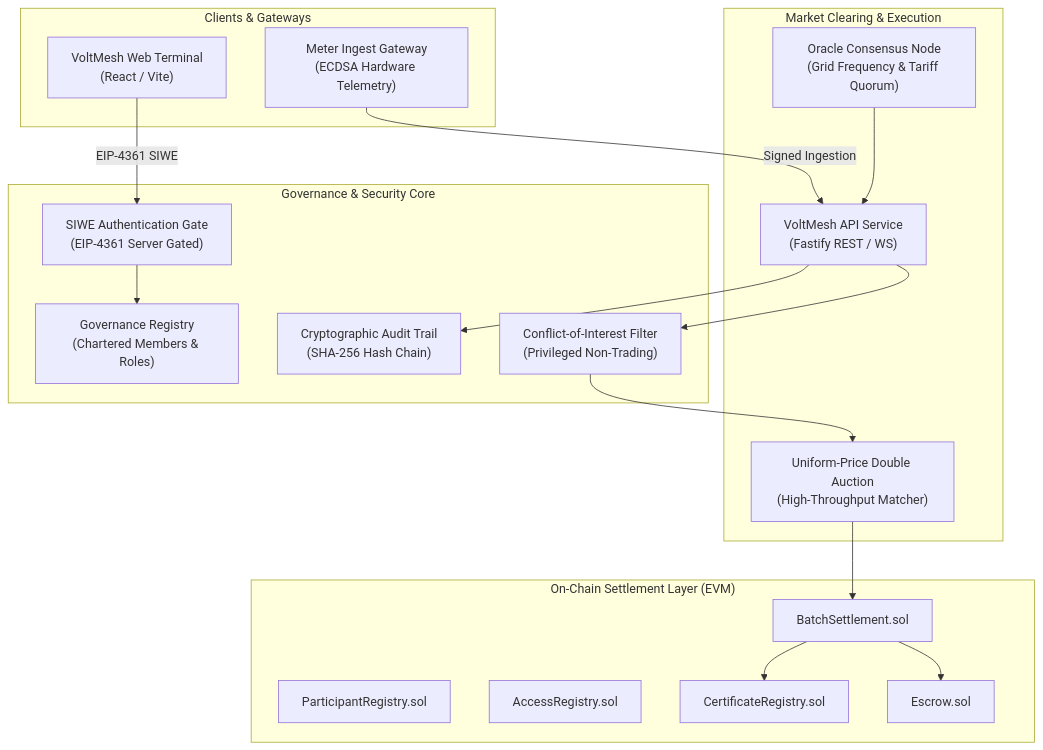
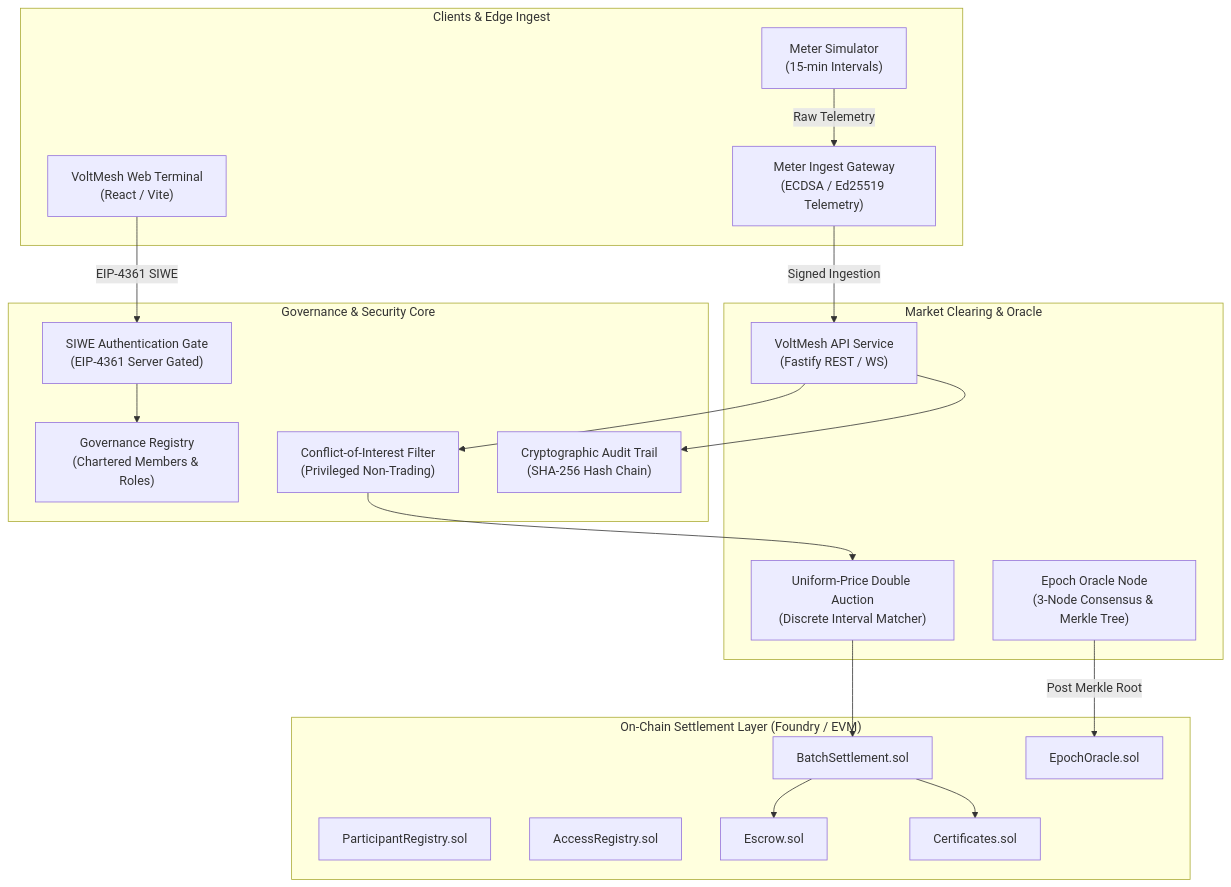
Before and after one commit to achyutranaut/voltmesh: the diagram in README.md, drawn with Mermaid. The commit also changed other lines of this file and 1 other file, not shown here.

Commit message:
docs: update root and contracts readme with comprehensive architecture and setup

````diff
--- a/README.md
+++ b/README.md
@@ -13,39 +20,42 @@
 ```mermaid
 flowchart TD
-    subgraph Clients["Clients & Gateways"]
+    subgraph Clients["Clients & Edge Ingest"]
         WEB["VoltMesh Web Terminal<br/>(React / Vite)"]
-        INGEST["Meter Ingest Gateway<br/>(ECDSA Hardware Telemetry)"]
+        INGEST["Meter Ingest Gateway<br/>(ECDSA / Ed25519 Telemetry)"]
+        SIM["Meter Simulator<br/>(15-min Intervals)"]
     end
 
     subgraph GovernanceSecurity["Governance & Security Core"]
         AUTH["SIWE Authentication Gate<br/>(EIP-4361 Server Gated)"]
         GOV_REG["Governance Registry<br/>(Chartered Members & Roles)"]
         COI_GATE["Conflict-of-Interest Filter<br/>(Privileged Non-Trading)"]
         AUDIT["Cryptographic Audit Trail<br/>(SHA-256 Hash Chain)"]
     end
 
-    subgraph MarketEngine["Market Clearing & Execution"]
+    subgraph MarketEngine["Market Clearing & Oracle"]
         API["VoltMesh API Service<br/>(Fastify REST / WS)"]
-        MATCHER["Uniform-Price Double Auction<br/>(High-Throughput Matcher)"]
-        ORACLE["Oracle Consensus Node<br/>(Grid Frequency & Tariff Quorum)"]
+        MATCHER["Uniform-Price Double Auction<br/>(Discrete Interval Matcher)"]
+        ORACLE["Epoch Oracle Node<br/>(3-Node Consensus & Merkle Tree)"]
     end
 
-    subgraph OnChain["On-Chain Settlement Layer (EVM)"]
+    subgraph OnChain["On-Chain Settlement Layer (Foundry / EVM)"]
         PR["ParticipantRegistry.sol"]
         AR["AccessRegistry.sol"]
+        EO["EpochOracle.sol"]
         SETTLE["BatchSettlement.sol"]
         ESCROW["Escrow.sol"]
-        CERT["CertificateRegistry.sol"]
+        CERT["Certificates.sol"]
     end
 
+    SIM -->|Raw Telemetry| INGEST
+    INGEST -->|Signed Ingestion| API
     WEB -->|EIP-4361 SIWE| AUTH
-    INGEST -->|Signed Ingestion| API
     AUTH --> GOV_REG
     API --> COI_GATE
     COI_GATE --> MATCHER
     MATCHER --> SETTLE
+    ORACLE -->|Post Merkle Root| EO
     API --> AUDIT
     SETTLE --> ESCROW
     SETTLE --> CERT
-    ORACLE --> API
 ```
````
